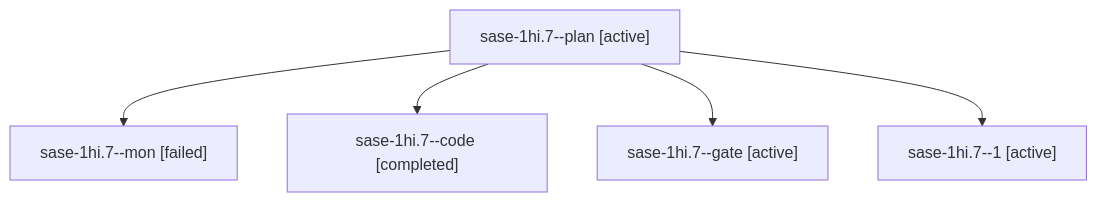
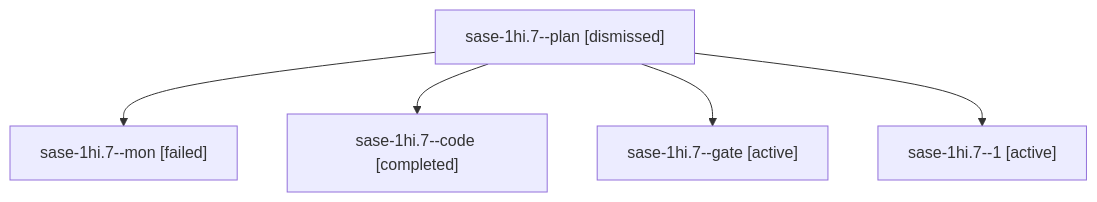
One commit to sase-org/sase--agents changed the diagram in sessions/bbugyi200.apollo.sase-1hi.7.md. Above: the diagram before and after it, drawn with Mermaid. The commit also changed other lines of this file and 259 other files, not shown here.

````diff
--- a/sessions/bbugyi200.apollo.sase-1hi.7.md
+++ b/sessions/bbugyi200.apollo.sase-1hi.7.md
@@ -9,12 +9,12 @@
 ```mermaid
 flowchart TD
-  n0["sase-1hi.7--plan [active]"]
+  n0["sase-1hi.7--plan [dismissed]"]
   n1["sase-1hi.7--mon [failed]"]
   n0 --> n1
   n2["sase-1hi.7--code [completed]"]
   n0 --> n2
   n3["sase-1hi.7--gate [active]"]
   n0 --> n3
   n4["sase-1hi.7--1 [active]"]
   n0 --> n4
 ```
````
